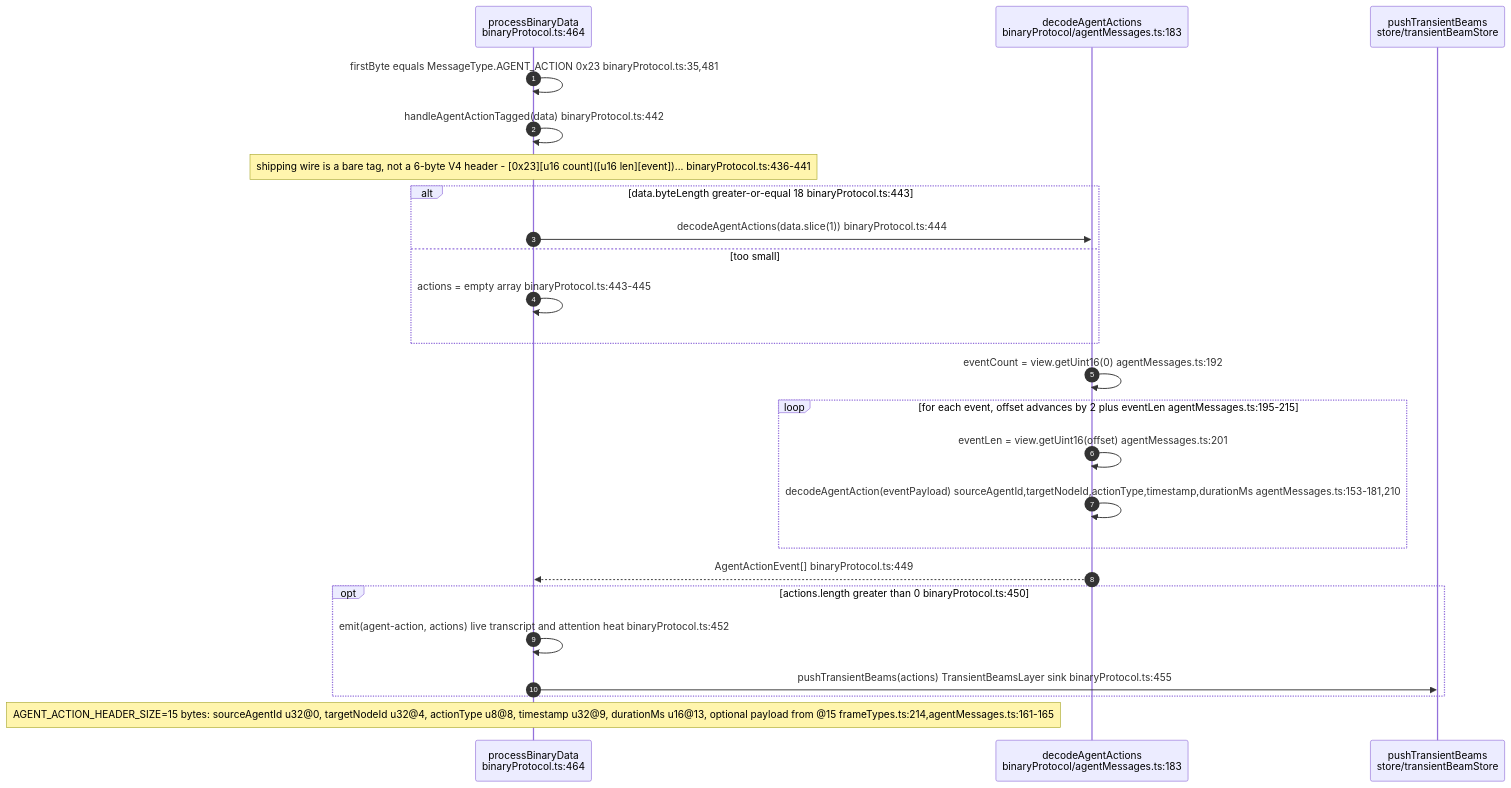
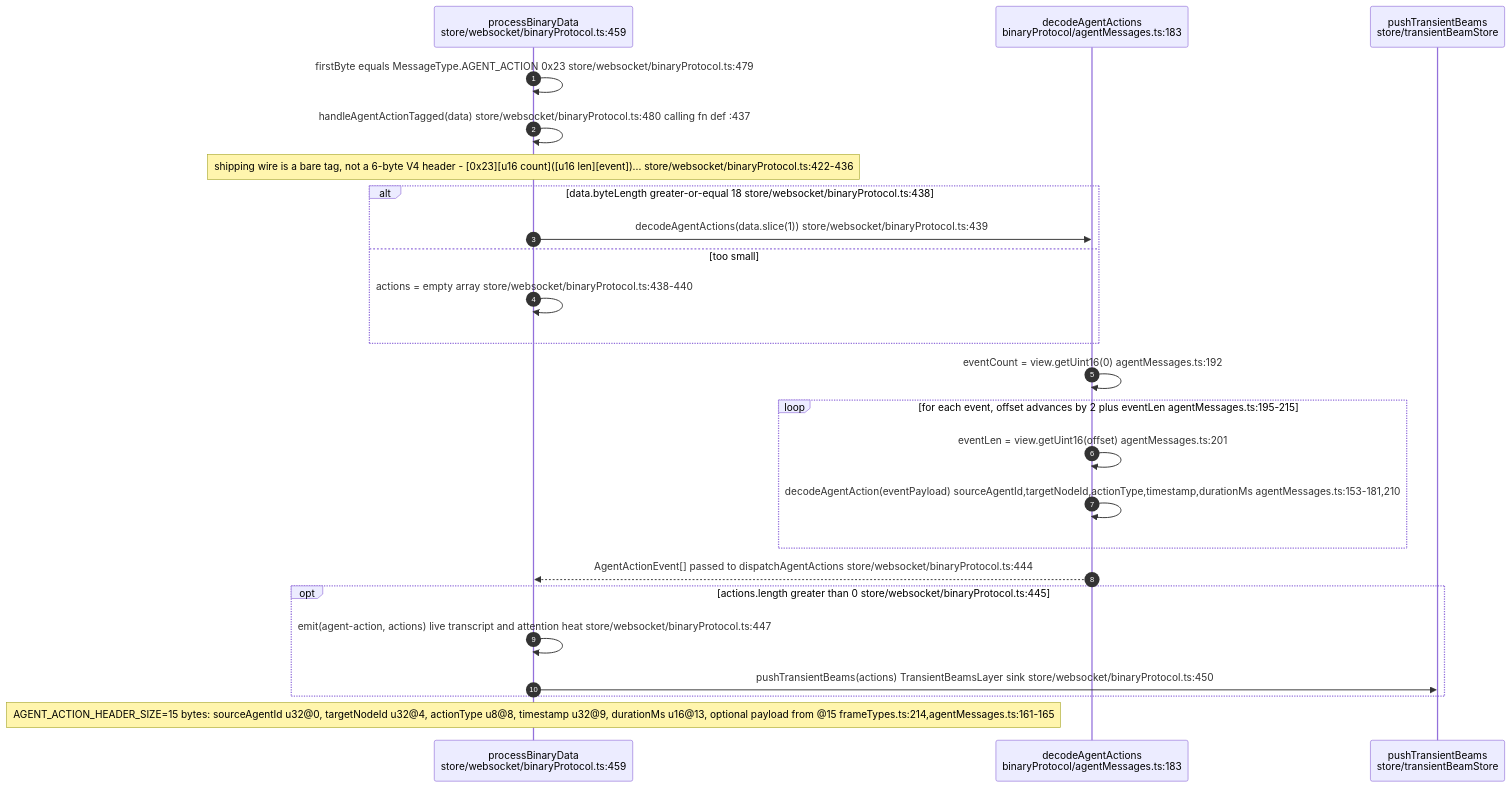
Diagram 11 of 16 in docs/diagrams/visionclaw/32-client-websocket-and-binary.md (DreamLab-AI/VisionFlow), drawn with Mermaid before and after one commit. The commit also changed other lines of this file and 185 other files, not shown here.

Commit message:
docs(estate): reconcile diagrams and ADRs with source and define closeout sprint

````diff
--- a/docs/diagrams/visionclaw/32-client-websocket-and-binary.md
+++ b/docs/diagrams/visionclaw/32-client-websocket-and-binary.md
@@ -395,27 +398,27 @@
 ```mermaid
 sequenceDiagram
     autonumber
-    participant PB as processBinaryData<br/>binaryProtocol.ts:464
+    participant PB as processBinaryData<br/>store/websocket/binaryProtocol.ts:459
     participant DEC as decodeAgentActions<br/>binaryProtocol/agentMessages.ts:183
     participant BEAM as pushTransientBeams<br/>store/transientBeamStore
 
-    PB->>PB: firstByte equals MessageType.AGENT_ACTION 0x23 binaryProtocol.ts:35,481
-    PB->>PB: handleAgentActionTagged(data) binaryProtocol.ts:442
-    Note over PB: shipping wire is a bare tag, not a 6-byte V4 header - [0x23][u16 count]([u16 len][event])... binaryProtocol.ts:436-441
-    alt data.byteLength greater-or-equal 18 binaryProtocol.ts:443
-        PB->>DEC: decodeAgentActions(data.slice(1)) binaryProtocol.ts:444
+    PB->>PB: firstByte equals MessageType.AGENT_ACTION 0x23 store/websocket/binaryProtocol.ts:479
+    PB->>PB: handleAgentActionTagged(data) store/websocket/binaryProtocol.ts:480 calling fn def :437
+    Note over PB: shipping wire is a bare tag, not a 6-byte V4 header - [0x23][u16 count]([u16 len][event])... store/websocket/binaryProtocol.ts:422-436
+    alt data.byteLength greater-or-equal 18 store/websocket/binaryProtocol.ts:438
+        PB->>DEC: decodeAgentActions(data.slice(1)) store/websocket/binaryProtocol.ts:439
     else too small
-        PB->>PB: actions = empty array binaryProtocol.ts:443-445
+        PB->>PB: actions = empty array store/websocket/binaryProtocol.ts:438-440
     end
     DEC->>DEC: eventCount = view.getUint16(0) agentMessages.ts:192
     loop for each event, offset advances by 2 plus eventLen agentMessages.ts:195-215
         DEC->>DEC: eventLen = view.getUint16(offset) agentMessages.ts:201
         DEC->>DEC: decodeAgentAction(eventPayload) sourceAgentId,targetNodeId,actionType,timestamp,durationMs agentMessages.ts:153-181,210
     end
-    DEC-->>PB: AgentActionEvent[] binaryProtocol.ts:449
-    opt actions.length greater than 0 binaryProtocol.ts:450
-        PB->>PB: emit(agent-action, actions) live transcript and attention heat binaryProtocol.ts:452
-        PB->>BEAM: pushTransientBeams(actions) TransientBeamsLayer sink binaryProtocol.ts:455
+    DEC-->>PB: AgentActionEvent[] passed to dispatchAgentActions store/websocket/binaryProtocol.ts:444
+    opt actions.length greater than 0 store/websocket/binaryProtocol.ts:445
+        PB->>PB: emit(agent-action, actions) live transcript and attention heat store/websocket/binaryProtocol.ts:447
+        PB->>BEAM: pushTransientBeams(actions) TransientBeamsLayer sink store/websocket/binaryProtocol.ts:450
     end
     Note over PB: AGENT_ACTION_HEADER_SIZE=15 bytes: sourceAgentId u32@0, targetNodeId u32@4, actionType u8@8, timestamp u32@9, durationMs u16@13, optional payload from @15 frameTypes.ts:214,agentMessages.ts:161-165
 ```
````
